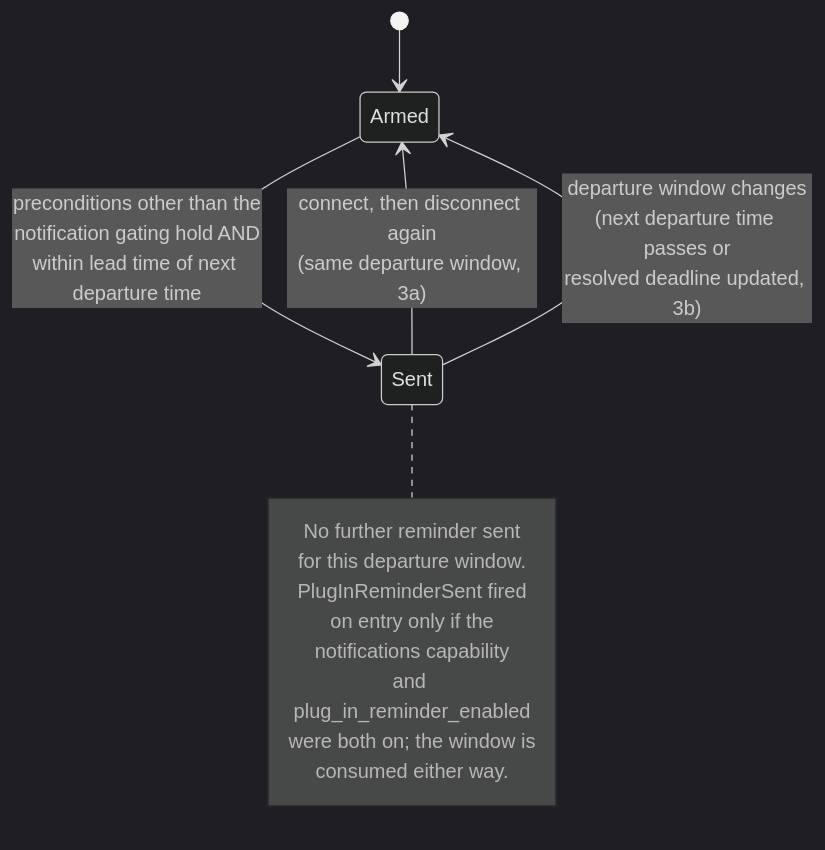
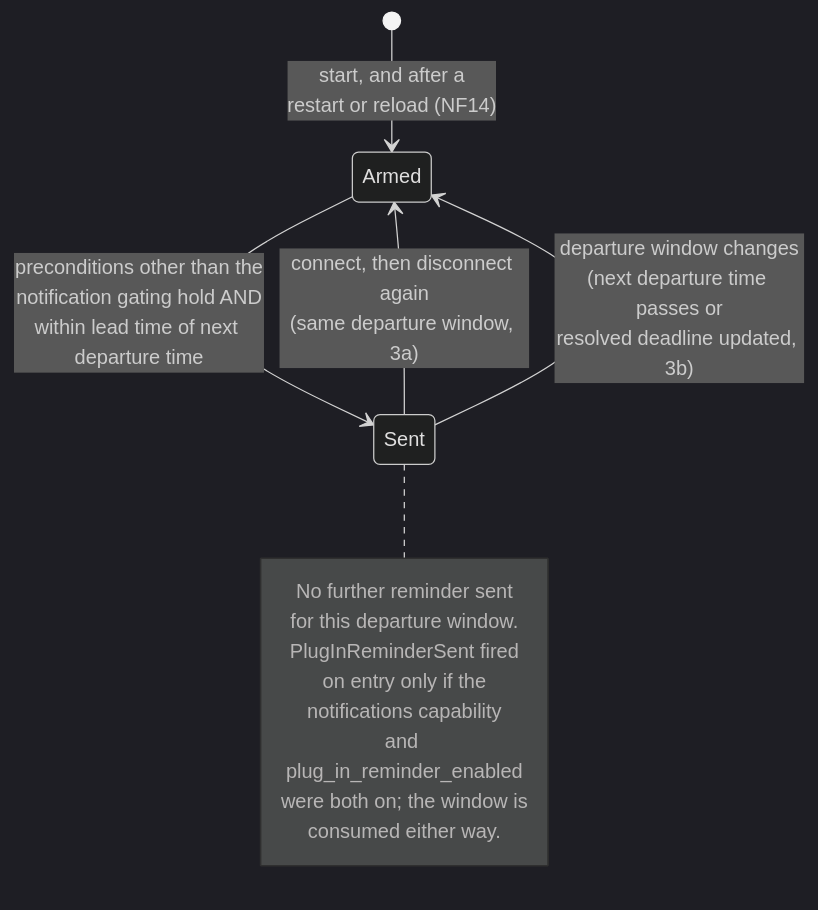
One commit to kristofdegrave/homeassistant-smart-charging changed the diagram in docs/analysis/use-cases/UC10-remind-to-plug-in.md. Above: the diagram before and after it, drawn with Mermaid (dark theme). The commit also changed other lines of this file and 6 other files, not shown here.

````diff
--- a/docs/analysis/use-cases/UC10-remind-to-plug-in.md
+++ b/docs/analysis/use-cases/UC10-remind-to-plug-in.md
@@ -110,17 +110,17 @@
 ```mermaid
 stateDiagram-v2
-    [*] --> Armed
+    [*] --> Armed: start, and after a<br/>restart or reload (NF14)
     Armed --> Sent: preconditions other than the<br/>notification gating hold AND<br/>within lead time of next departure time
     Sent --> Armed: connect, then disconnect again<br/>(same departure window, 3a)
     Sent --> Armed: departure window changes<br/>(next departure time passes or<br/>resolved deadline updated, 3b)
     note right of Sent
         No further reminder sent
         for this departure window.
         PlugInReminderSent fired
         on entry only if the
         notifications capability
         and plug_in_reminder_enabled
         were both on; the window is
         consumed either way.
     end note
 ```
````
